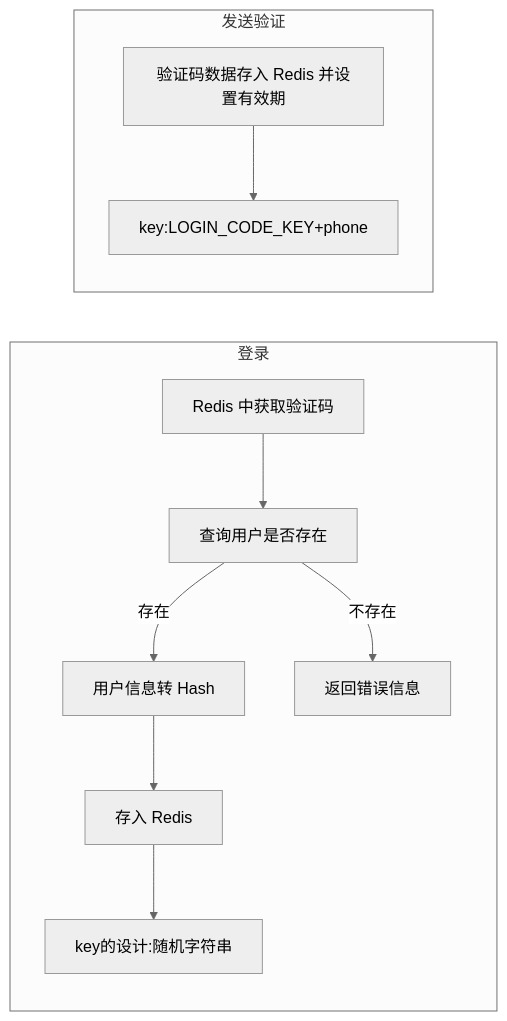
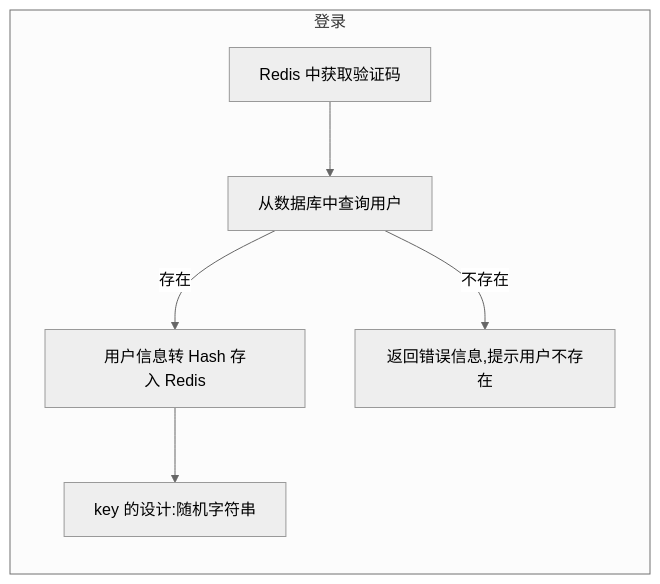
One commit to csliujw/CodeNotes changed the seventh of 19 diagrams in 中间件/Redis-实战.md. Above: the diagram before and after it, drawn with Mermaid (neutral theme). The commit also changed other lines of this file and 27 other files, not shown here.

Commit message:
整合笔记内容，清理部分无用图片，新增部分读书笔记

````diff
--- a/中间件/Redis-实战.md
+++ b/中间件/Redis-实战.md
@@ -732,11 +1606,8 @@
 ```mermaid
 graph LR
 subgraph 登录
-	Redis&nbsp中获取验证码-->查询用户是否存在
-	查询用户是否存在-->|存在|用户信息转&nbspHash-->存入&nbspRedis-->key的设计:随机字符串
-	查询用户是否存在-->|不存在|返回错误信息
-end
-subgraph 发送验证
-	验证码数据存入&nbspRedis&nbsp并设置有效期-->key:LOGIN_CODE_KEY+phone
+	Redis&nbsp中获取验证码-->从数据库中查询用户
+	从数据库中查询用户-->|存在|用户信息转&nbspHash&nbsp存入&nbspRedis-->key&nbsp的设计:随机字符串
+	从数据库中查询用户-->|不存在|返回错误信息,提示用户不存在
 end
 ```
````
